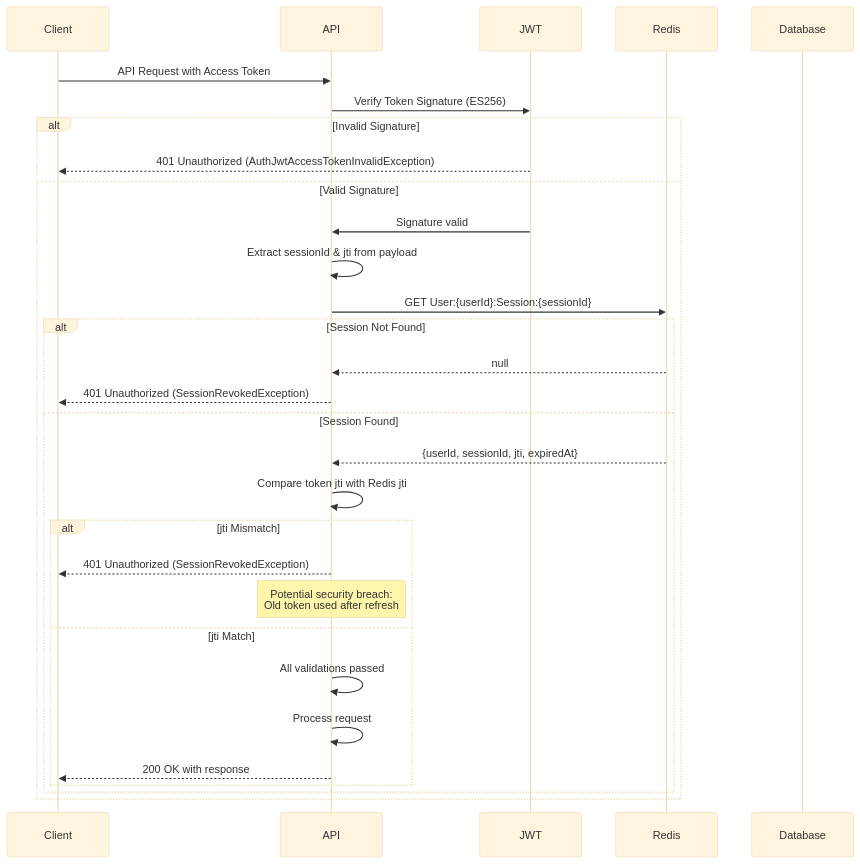
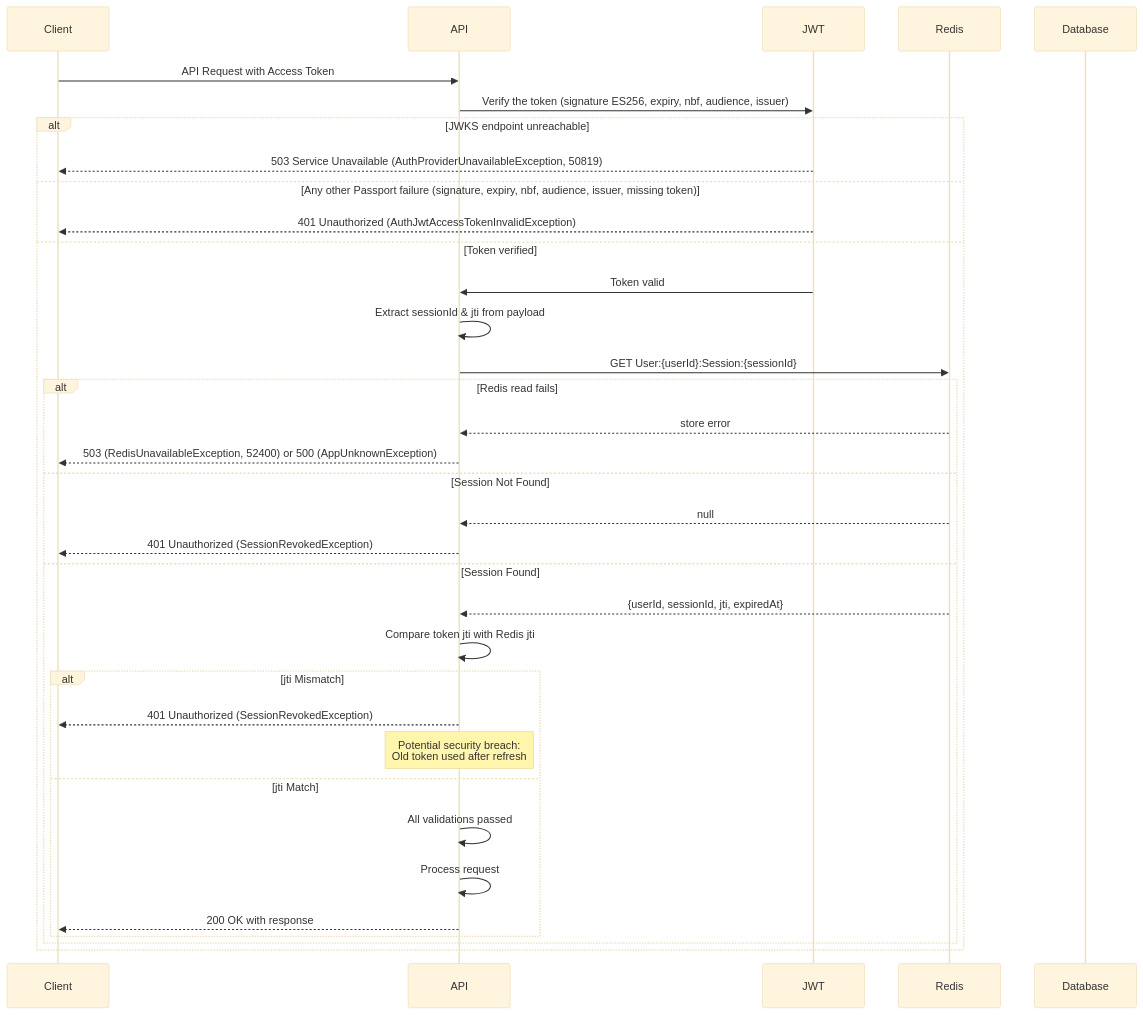
The tenth of 10 diagrams in docs/authentication.md (andrechristikan/ack-nestjs-boilerplate), drawn with Mermaid (base theme) before and after one commit. The commit also changed other lines of this file and 29 other files, not shown here.

Commit message:
docs: Sync docs with guard store exceptions, inline orderBy, boot failure, and job state re-publish

````diff
--- a/docs/authentication.md
+++ b/docs/authentication.md
@@ -1558,39 +1599,44 @@
 ```mermaid
 sequenceDiagram
     participant Client
     participant API
     participant JWT
     participant Redis
     participant Database
 
     Client->>API: API Request with Access Token
 
-    API->>JWT: Verify Token Signature (ES256)
-    alt Invalid Signature
+    API->>JWT: Verify the token (signature ES256, expiry, nbf, audience, issuer)
+    alt JWKS endpoint unreachable
+        JWT-->>Client: 503 Service Unavailable (AuthProviderUnavailableException, 50819)
+    else Any other Passport failure (signature, expiry, nbf, audience, issuer, missing token)
         JWT-->>Client: 401 Unauthorized (AuthJwtAccessTokenInvalidException)
-    else Valid Signature
-        JWT->>API: Signature valid
+    else Token verified
+        JWT->>API: Token valid
 
         API->>API: Extract sessionId & jti from payload
 
         API->>Redis: GET User:{userId}:Session:{sessionId}
 
-        alt Session Not Found
+        alt Redis read fails
+            Redis-->>API: store error
+            API-->>Client: 503 (RedisUnavailableException, 52400) or 500 (AppUnknownException)
+        else Session Not Found
             Redis-->>API: null
             API-->>Client: 401 Unauthorized (SessionRevokedException)
         else Session Found
             Redis-->>API: {userId, sessionId, jti, expiredAt}
 
             API->>API: Compare token jti with Redis jti
 
             alt jti Mismatch
                 API-->>Client: 401 Unauthorized (SessionRevokedException)
                 Note over API: Potential security breach:<br/>Old token used after refresh
             else jti Match
                 API->>API: All validations passed
                 API->>API: Process request
                 API-->>Client: 200 OK with response
             end
         end
     end
 ```
````
